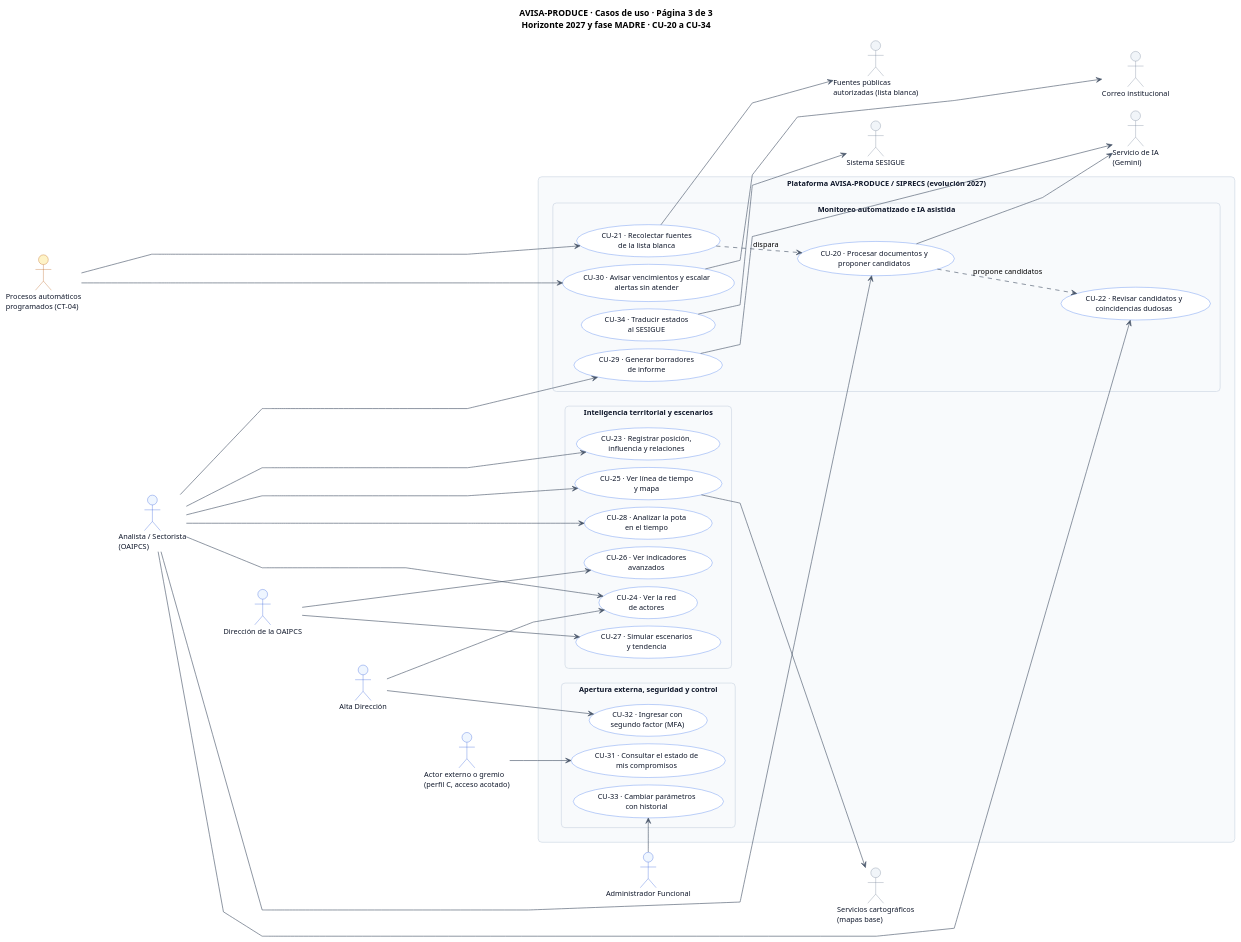
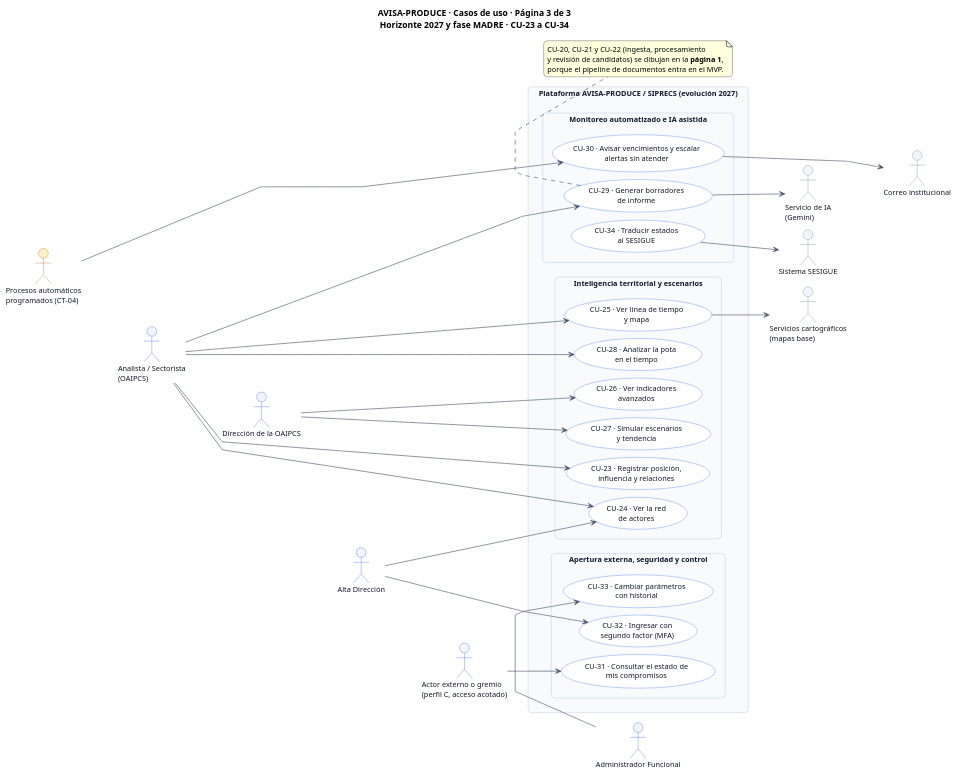
The third of 4 diagrams in docs/casos_uso/AVISA_CASOS_USO.puml (diegopaucarv/avisa), drawn with PlantUML before and after one commit. The commit also changed other lines of this file and 30 other files, not shown here.

```diff
--- a/docs/casos_uso/AVISA_CASOS_USO.puml
+++ b/docs/casos_uso/AVISA_CASOS_USO.puml
@@ -301,143 +320,135 @@
 @startuml AVISA_CU_2027
 left to right direction
 skinparam shadowing false
 skinparam roundcorner 12
 skinparam linetype polyline
 skinparam packageStyle rectangle
 skinparam defaultFontName Arial
 skinparam defaultFontSize 12
 skinparam nodesep 12
 skinparam ranksep 60
 
 skinparam rectangle {
   BackgroundColor #FFFFFF
   BorderColor #64748B
   FontColor #0F172A
   FontStyle bold
 }
 skinparam package {
   BackgroundColor #F8FAFC
   BorderColor #CBD5E1
   BorderStyle dashed
   FontColor #475569
   FontStyle bold
 }
 skinparam usecase {
   BackgroundColor #FFFFFF
   BorderColor #2563EB
   FontColor #0F172A
   ArrowColor #475569
 }
 skinparam actor {
   BackgroundColor #EFF6FF
   BorderColor #1D4ED8
   FontColor #0F172A
 }
 
-title AVISA-PRODUCE · Casos de uso · Página 3 de 3\nHorizonte 2027 y fase MADRE · CU-20 a CU-34
+title AVISA-PRODUCE · Casos de uso · Página 3 de 3\nHorizonte 2027 y fase MADRE · CU-23 a CU-34
 
 ' =========================================================
 ' 1. ACTORES PRIMARIOS (Izquierda)
 ' =========================================================
 actor "Procesos automáticos\nprogramados (CT-04)" as reloj #FEF3C7;line:B45309
 actor "Analista / Sectorista\n(OAIPCS)" as analista27 #EFF6FF;line:1D4ED8
 actor "Dirección de la OAIPCS" as direccion27 #EFF6FF;line:1D4ED8
 actor "Alta Dirección" as alta27 #EFF6FF;line:1D4ED8
 actor "Actor externo o gremio\n(perfil C, acceso acotado)" as externo #EFF6FF;line:1D4ED8
 actor "Administrador Funcional" as admin27 #EFF6FF;line:1D4ED8
 
 reloj -[hidden]down-> analista27
 analista27 -[hidden]down-> direccion27
 direccion27 -[hidden]down-> alta27
 alta27 -[hidden]down-> externo
 externo -[hidden]down-> admin27
 
 ' =========================================================
 ' 2. FRONTERA DEL SISTEMA
 ' =========================================================
 rectangle "Plataforma AVISA-PRODUCE / SIPRECS (evolución 2027)" {
 
   package "Inteligencia territorial y escenarios" {
     usecase "CU-23 · Registrar posición,\ninfluencia y relaciones" as uc_posicion
     usecase "CU-24 · Ver la red\nde actores" as uc_red
     usecase "CU-25 · Ver línea de tiempo\ny mapa" as uc_mapa
     usecase "CU-28 · Analizar la pota\nen el tiempo" as uc_pota
     usecase "CU-26 · Ver indicadores\navanzados" as uc_indicadores
     usecase "CU-27 · Simular escenarios\ny tendencia" as uc_escenarios
   }
 
   package "Monitoreo automatizado e IA asistida" {
-    usecase "CU-20 · Procesar documentos y\nproponer candidatos" as uc_procesar
-    usecase "CU-21 · Recolectar fuentes\nde la lista blanca" as uc_fuentes
-    usecase "CU-22 · Revisar candidatos y\ncoincidencias dudosas" as uc_revisar
     usecase "CU-29 · Generar borradores\nde informe" as uc_borradores
     usecase "CU-30 · Avisar vencimientos y escalar\nalertas sin atender" as uc_escalar
     usecase "CU-34 · Traducir estados\nal SESIGUE" as uc_sesigue
   }
 
   package "Apertura externa, seguridad y control" {
     usecase "CU-31 · Consultar el estado de\nmis compromisos" as uc_portal
     usecase "CU-32 · Ingresar con\nsegundo factor (MFA)" as uc_mfa
     usecase "CU-33 · Cambiar parámetros\ncon historial" as uc_parametros
   }
 }
 
 ' =========================================================
 ' 3. SISTEMAS EXTERNOS QUE ESTA LÁMINA USA
 ' =========================================================
-actor "Fuentes públicas\nautorizadas (lista blanca)" as sys_fuentes #F1F5F9;line:64748B
 actor "Servicio de IA\n(Gemini)" as sys_ai27 #F1F5F9;line:64748B
 actor "Correo institucional" as sys_mail27 #F1F5F9;line:64748B
 actor "Sistema SESIGUE" as sys_sesigue #F1F5F9;line:64748B
 actor "Servicios cartográficos\n(mapas base)" as sys_mapas #F1F5F9;line:64748B
 
-sys_fuentes -[hidden]down-> sys_mail27
+sys_ai27 -[hidden]down-> sys_mail27
+note bottom of uc_borradores : CU-20, CU-21 y CU-22 (ingesta, procesamiento\ny revisión de candidatos) se dibujan en la **página 1**,\nporque el pipeline de documentos entra en el MVP.
 
 
 ' =========================================================
 ' 4. RELACIONES ACTOR → CASO
 ' =========================================================
-reloj --> uc_fuentes
 reloj --> uc_escalar
 
-analista27 --> uc_procesar
-analista27 --> uc_revisar
 analista27 --> uc_borradores
 analista27 --> uc_posicion
 analista27 --> uc_red
 analista27 --> uc_mapa
 analista27 --> uc_pota
 
 direccion27 --> uc_indicadores
 direccion27 --> uc_escenarios
 
 alta27 --> uc_red
 alta27 --> uc_mfa
 
 externo --> uc_portal
 admin27 --> uc_parametros
 
 ' =========================================================
 ' 5. RELACIONES ENTRE CASOS (cadena de ingesta y consumo)
 ' =========================================================
-uc_fuentes ..> uc_procesar : «dispara»
-uc_procesar ..> uc_revisar : «propone candidatos»
+' CU-20, CU-21 y CU-22 se dibujan en la página 1: el pipeline
+' de documentos entra en el MVP. Aquí queda solo lo de 2027.
 
 ' =========================================================
 ' 6. INTEGRACIONES EXTERNAS
 ' =========================================================
-uc_fuentes --> sys_fuentes
-uc_procesar --> sys_ai27
 uc_borradores --> sys_ai27
 uc_escalar --> sys_mail27
 uc_sesigue --> sys_sesigue
 uc_mapa --> sys_mapas
 
 ' =========================================================
 ' 7. CONTROLES TRANSVERSALES (no son casos de uso · ERS §3.4)
 ' =========================================================
 
 
 
 
 @enduml
```
